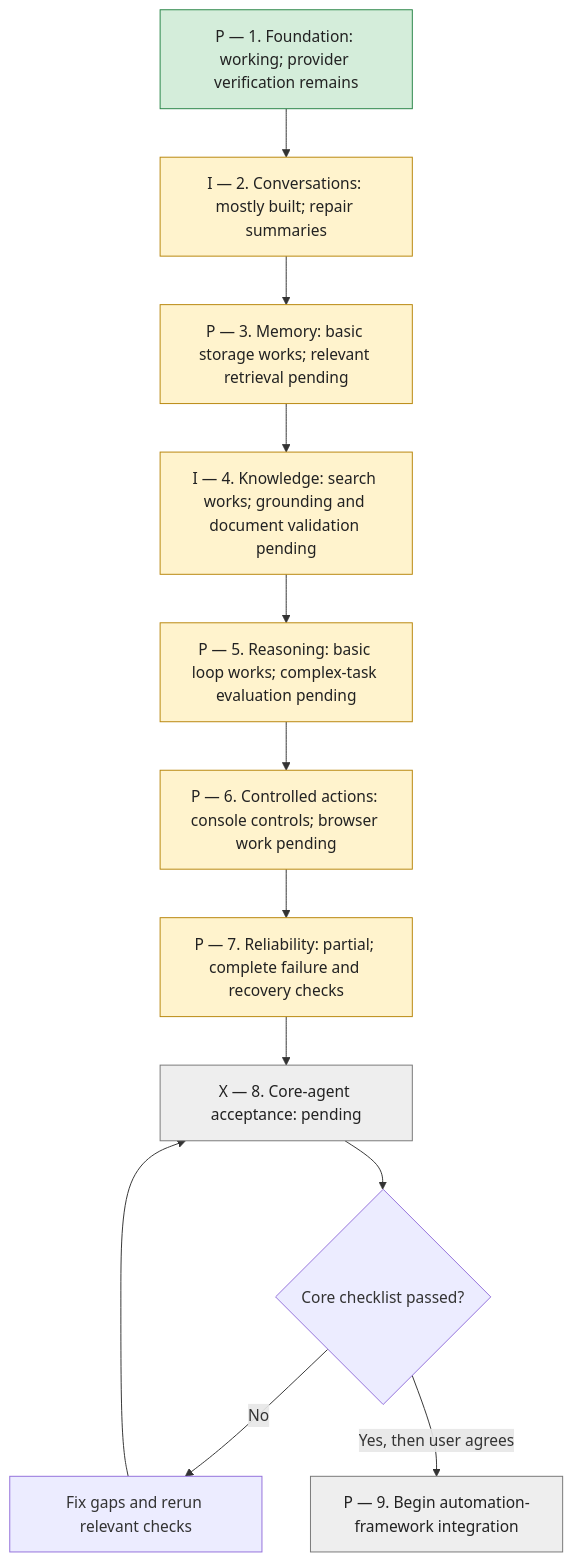
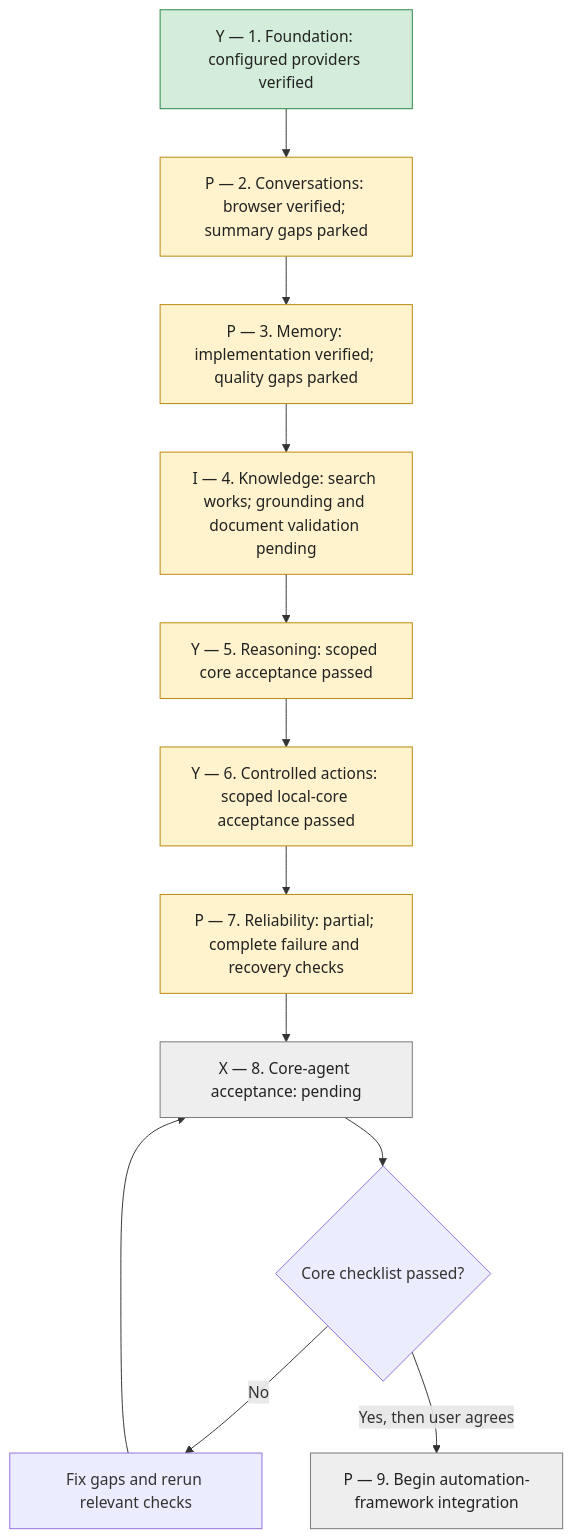
One commit to NagarajLakshatti2/JeshlaAutoAICGP changed the third of 3 diagrams in docs/agentic-ai-roadmap.md. Above: the diagram before and after it, drawn with Mermaid. The commit also changed other lines of this file and 754 other files, not shown here.

````diff
--- a/docs/agentic-ai-roadmap.md
+++ b/docs/agentic-ai-roadmap.md
@@ -255,21 +295,21 @@
 ```mermaid
 flowchart TD
-    A[P — 1. Foundation: working; provider verification remains] --> B[I — 2. Conversations: mostly built; repair summaries]
-    B --> C[P — 3. Memory: basic storage works; relevant retrieval pending]
+    A[Y — 1. Foundation: configured providers verified] --> B[P — 2. Conversations: browser verified; summary gaps parked]
+    B --> C[P — 3. Memory: implementation verified; quality gaps parked]
     C --> D[I — 4. Knowledge: search works; grounding and document validation pending]
-    D --> E[P — 5. Reasoning: basic loop works; complex-task evaluation pending]
-    E --> F[P — 6. Controlled actions: console controls; browser work pending]
+    D --> E[Y — 5. Reasoning: scoped core acceptance passed]
+    E --> F[Y — 6. Controlled actions: scoped local-core acceptance passed]
     F --> G[P — 7. Reliability: partial; complete failure and recovery checks]
     G --> H[X — 8. Core-agent acceptance: pending]
     H --> Gate{Core checklist passed?}
     Gate -->|No| Fix[Fix gaps and rerun relevant checks]
     Fix --> H
     Gate -->|Yes, then user agrees| I[P — 9. Begin automation-framework integration]
 
     classDef working fill:#d4edda,stroke:#288447,color:#222
     classDef partial fill:#fff3cd,stroke:#b8860b,color:#222
     classDef pending fill:#eeeeee,stroke:#777,color:#222
     class A working
     class B,C,D,E,F,G partial
     class H,I pending
 ```
````
